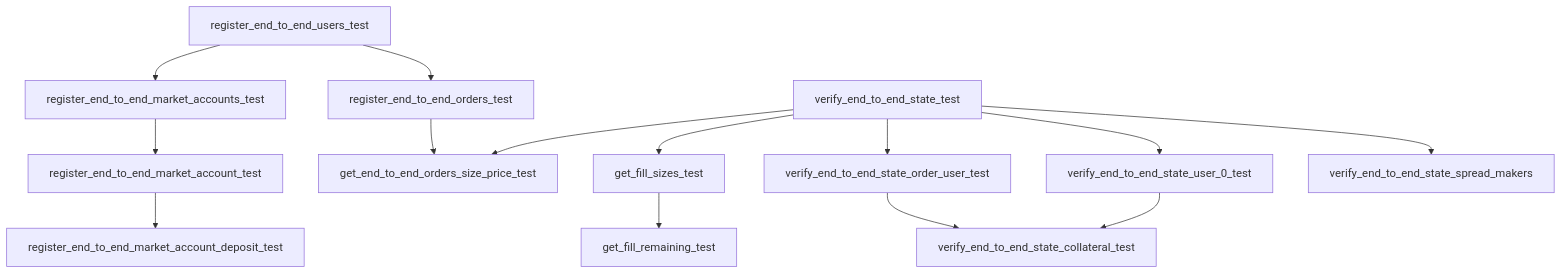
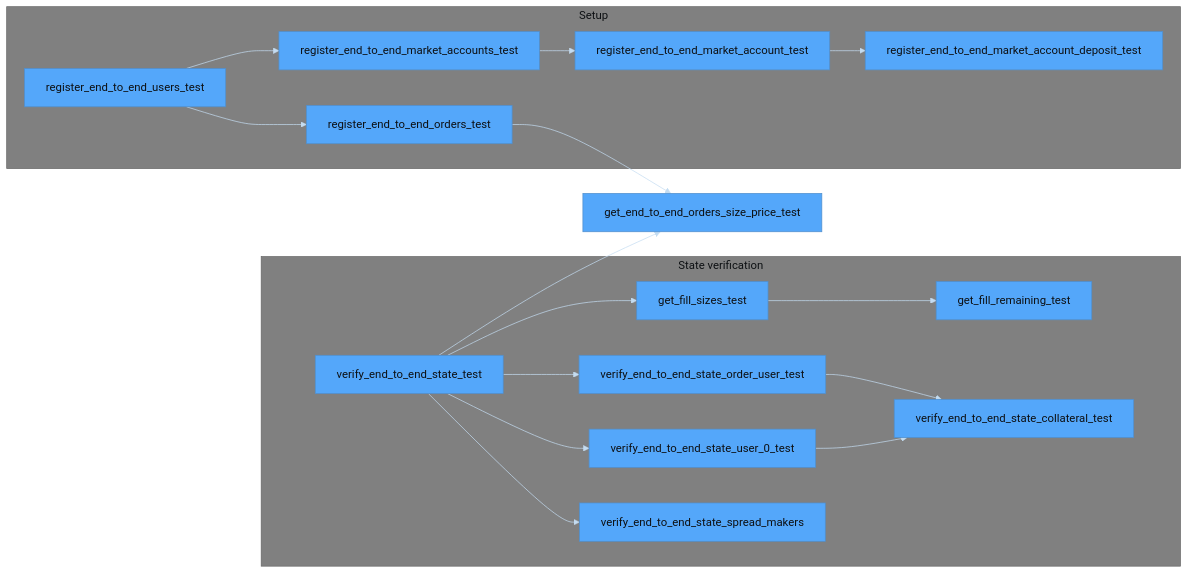
The third of 3 diagrams in src/move/econia/dependencies.md (econia-labs/econia), drawn with Mermaid before and after one commit. The commit also changed other lines of this file and 2 other files, not shown here.

Commit message:
Update dependency charts

````diff
--- a/src/move/econia/dependencies.md
+++ b/src/move/econia/dependencies.md
@@ -157,20 +152,31 @@
 ```mermaid
 
-flowchart TD
+%%{init: {'theme': 'base', 'themeVariables': {'primaryColor': '#54a7fa', 'lineColor': '#c4dcf1', 'primaryTextColor': '#0d1013', 'secondaryColor': '#c4dcf1', 'tertiaryColor': '#808080', 'tertiaryTextColor': '#0d1013'}}}%%
+
+flowchart LR
+
+    subgraph Setup
 
     register_end_to_end_users_test --> register_end_to_end_market_accounts_test
     register_end_to_end_users_test --> register_end_to_end_orders_test
     register_end_to_end_market_accounts_test --> register_end_to_end_market_account_test
     register_end_to_end_market_account_test --> register_end_to_end_market_account_deposit_test
+
+    end
+
     register_end_to_end_orders_test --> get_end_to_end_orders_size_price_test
+    verify_end_to_end_state_test --> get_end_to_end_orders_size_price_test
 
-    verify_end_to_end_state_test --> get_end_to_end_orders_size_price_test
+    subgraph State verification
+
     verify_end_to_end_state_test --> get_fill_sizes_test
     get_fill_sizes_test --> get_fill_remaining_test
     verify_end_to_end_state_test --> verify_end_to_end_state_order_user_test
     verify_end_to_end_state_test --> verify_end_to_end_state_user_0_test
     verify_end_to_end_state_order_user_test --> verify_end_to_end_state_collateral_test
     verify_end_to_end_state_user_0_test --> verify_end_to_end_state_collateral_test
     verify_end_to_end_state_test --> verify_end_to_end_state_spread_makers
 
+    end
+
 ```
````
